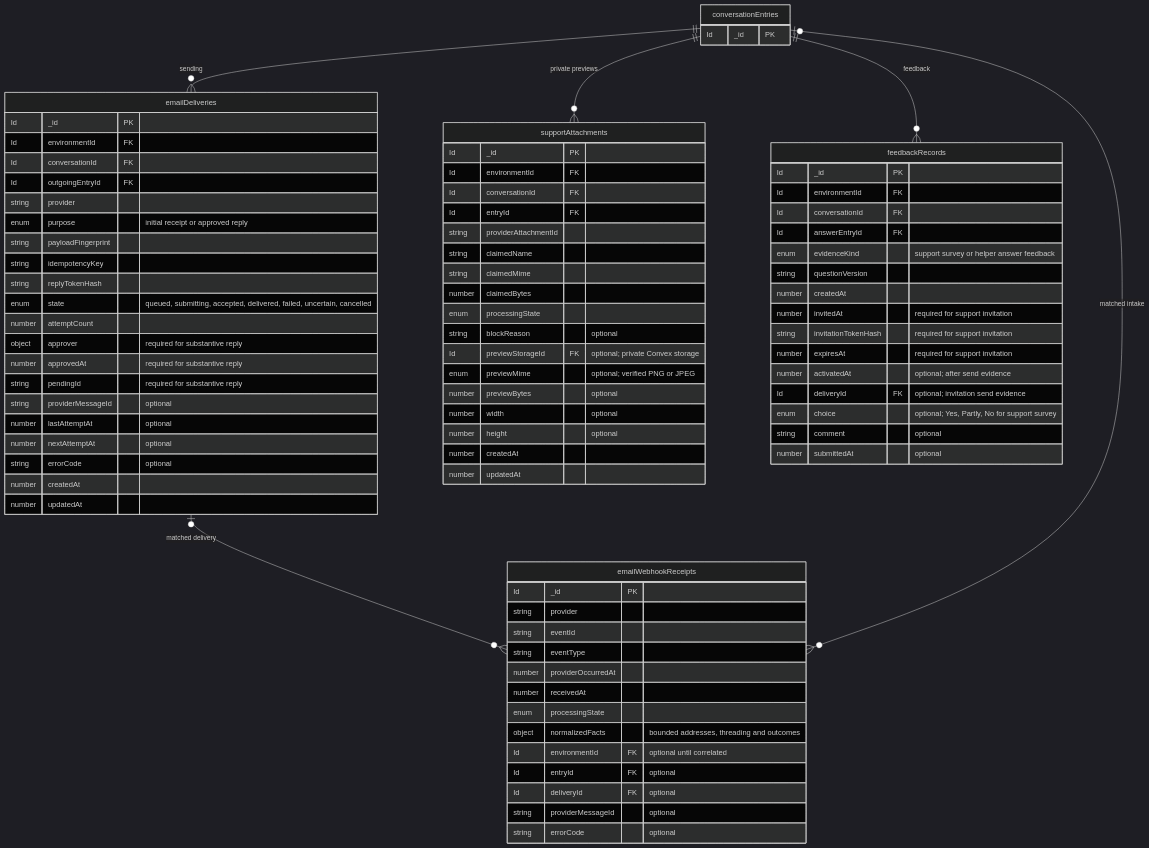
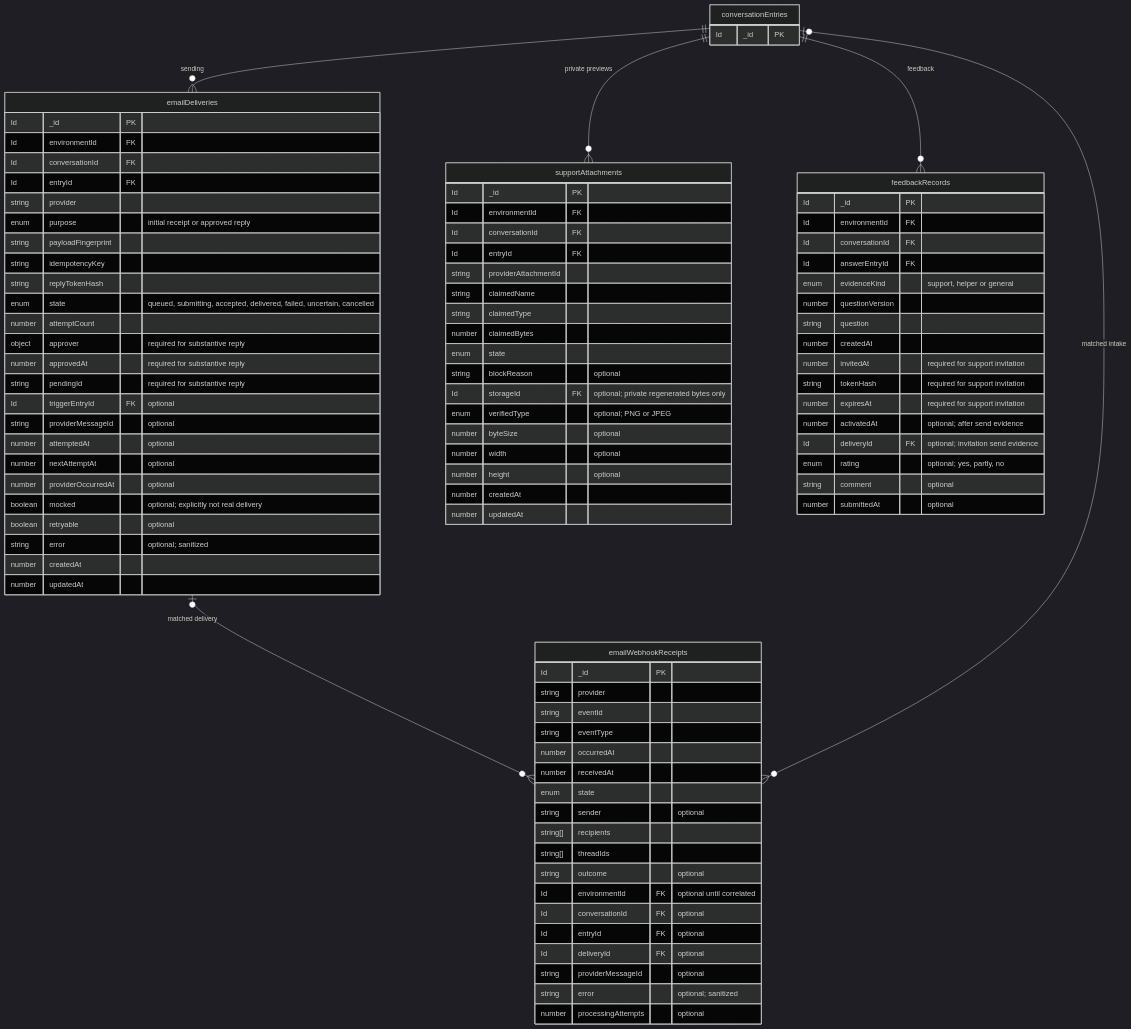
Before and after one commit to kabytaa/bff: the second of 4 diagrams in docs/architecture/operator-work.md, drawn with Mermaid (dark theme). The commit also changed other lines of this file and 1510 other files, not shown here.

```diff
--- a/docs/architecture/operator-work.md
+++ b/docs/architecture/operator-work.md
@@ -111,7 +137,7 @@
         Id _id PK
         Id environmentId FK
         Id conversationId FK
-        Id outgoingEntryId FK
+        Id entryId FK
         string provider
         enum purpose "initial receipt or approved reply"
         string payloadFingerprint
@@ -122,10 +148,14 @@
         object approver "required for substantive reply"
         number approvedAt "required for substantive reply"
         string pendingId "required for substantive reply"
+        Id triggerEntryId FK "optional"
         string providerMessageId "optional"
-        number lastAttemptAt "optional"
+        number attemptedAt "optional"
         number nextAttemptAt "optional"
-        string errorCode "optional"
+        number providerOccurredAt "optional"
+        boolean mocked "optional; explicitly not real delivery"
+        boolean retryable "optional"
+        string error "optional; sanitized"
         number createdAt
         number updatedAt
     }
@@ -134,15 +164,20 @@
         string provider
         string eventId
         string eventType
-        number providerOccurredAt
+        number occurredAt
         number receivedAt
-        enum processingState
-        object normalizedFacts "bounded addresses, threading and outcomes"
+        enum state
+        string sender "optional"
+        string[] recipients
+        string[] threadIds
+        string outcome "optional"
         Id environmentId FK "optional until correlated"
+        Id conversationId FK "optional"
         Id entryId FK "optional"
         Id deliveryId FK "optional"
         string providerMessageId "optional"
-        string errorCode "optional"
+        string error "optional; sanitized"
+        number processingAttempts "optional"
     }
     supportAttachments {
         Id _id PK
@@ -151,13 +186,13 @@
         Id entryId FK
         string providerAttachmentId
         string claimedName
-        string claimedMime
+        string claimedType
         number claimedBytes
-        enum processingState
+        enum state
         string blockReason "optional"
-        Id previewStorageId FK "optional; private Convex storage"
-        enum previewMime "optional; verified PNG or JPEG"
-        number previewBytes "optional"
+        Id storageId FK "optional; private regenerated bytes only"
+        enum verifiedType "optional; PNG or JPEG"
+        number byteSize "optional"
         number width "optional"
         number height "optional"
         number createdAt
@@ -168,15 +203,16 @@
         Id environmentId FK
         Id conversationId FK
         Id answerEntryId FK
-        enum evidenceKind "support survey or helper answer feedback"
-        string questionVersion
+        enum evidenceKind "support, helper or general"
+        number questionVersion
+        string question
         number createdAt
         number invitedAt "required for support invitation"
-        string invitationTokenHash "required for support invitation"
+        string tokenHash "required for support invitation"
         number expiresAt "required for support invitation"
         number activatedAt "optional; after send evidence"
         Id deliveryId FK "optional; invitation send evidence"
-        enum choice "optional; Yes, Partly, No for support survey"
+        enum rating "optional; yes, partly, no"
         string comment "optional"
         number submittedAt "optional"
     }
```
